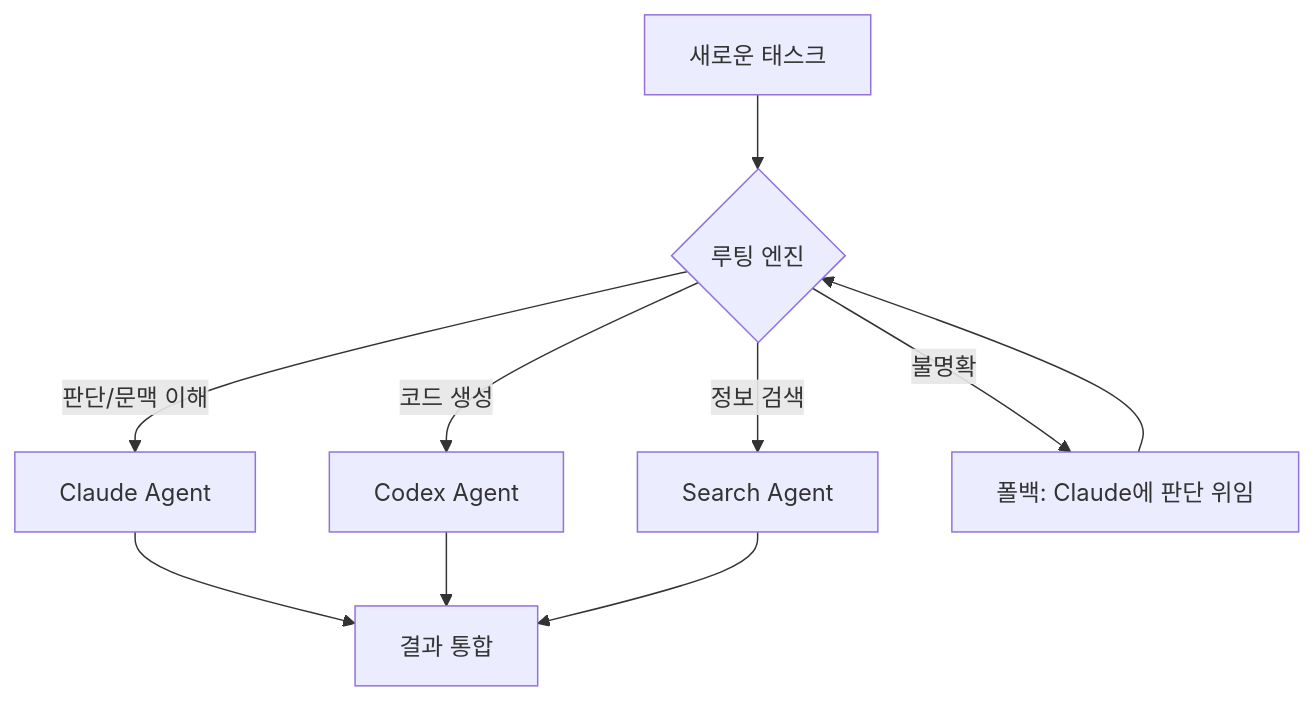
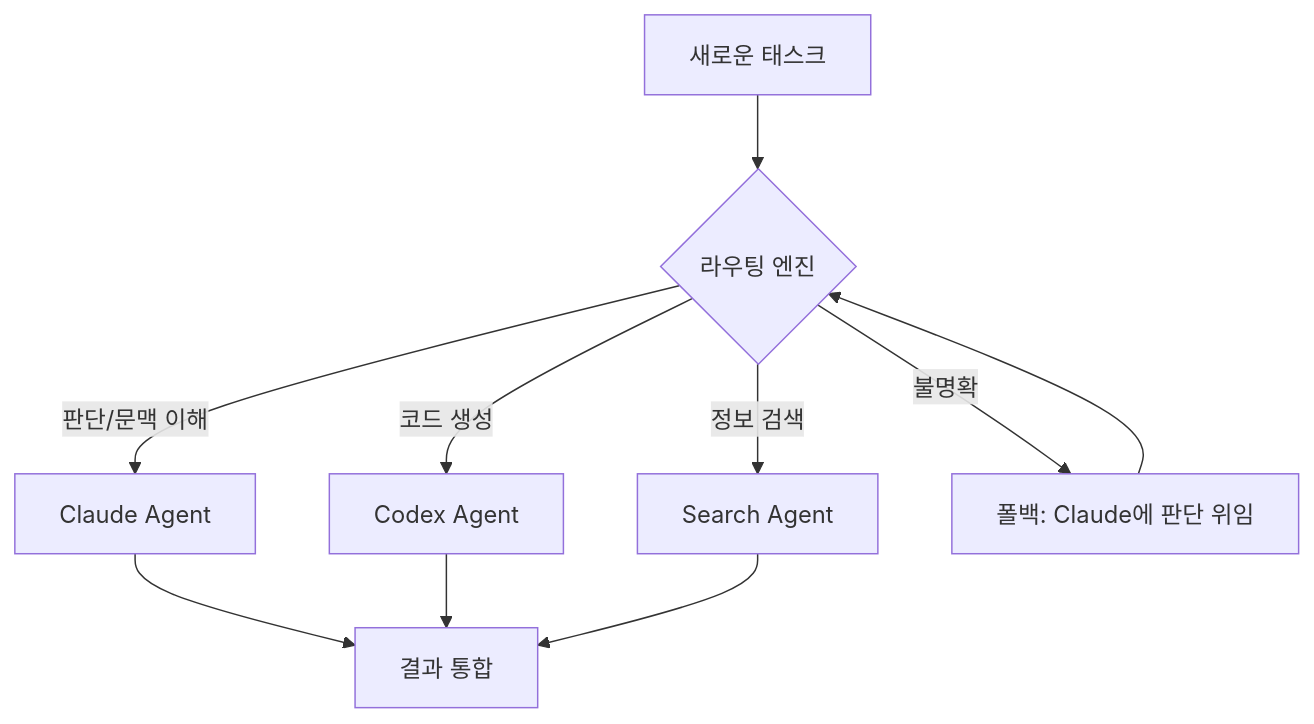
Before and after one commit to kimjangwook/www.jangwook.net: the first of 3 diagrams in src/content/blog/ko/multi-agent-orchestration-routing.md, drawn with Mermaid. The commit also changed other lines of this file, not shown here.

Commit message:
fix(blog): 한국어 표기 수정 루팅→라우팅, 마루치→멀티

````diff
--- a/src/content/blog/ko/multi-agent-orchestration-routing.md
+++ b/src/content/blog/ko/multi-agent-orchestration-routing.md
@@ -81,12 +81,12 @@
 ```mermaid
 graph TD
-    Task[새로운 태스크] --> Router{루팅 엔진}
+    Task[새로운 태스크] --> Router{라우팅 엔진}
     Router -->|판단/문맥 이해| Claude[Claude Agent]
     Router -->|코드 생성| Codex[Codex Agent]
     Router -->|정보 검색| Search[Search Agent]
     Router -->|불명확| Fallback[폴백: Claude에 판단 위임]
     Claude --> Merge[결과 통합]
     Codex --> Merge
     Search --> Merge
     Fallback --> Router
 ```
````
